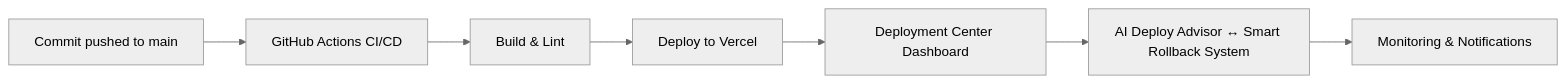
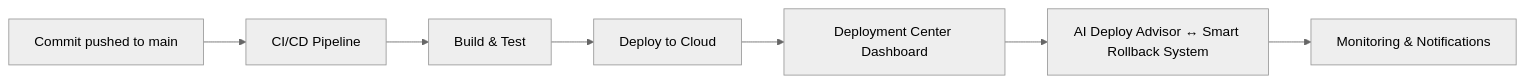
One commit to catohansen/Nora-AI-Showcase changed the diagram in ARCHITECTURE.md. Above: the diagram before and after it, drawn with Mermaid (neutral theme). The commit also changed other lines of this file and 3 other files, not shown here.

````diff
--- a/ARCHITECTURE.md
+++ b/ARCHITECTURE.md
@@ -10,9 +10,9 @@
 ```mermaid
 flowchart LR
-    A[Commit pushed to main] --> B[GitHub Actions CI/CD]
-    B --> C[Build & Lint]
-    C --> D[Deploy to Vercel]
+    A[Commit pushed to main] --> B[CI/CD Pipeline]
+    B --> C[Build & Test]
+    C --> D[Deploy to Cloud]
     D --> E[Deployment Center Dashboard]
     E --> F[AI Deploy Advisor ↔ Smart Rollback System]
     F --> G[Monitoring & Notifications]
 ```
````
